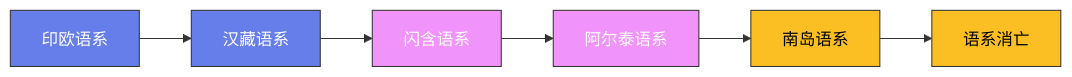
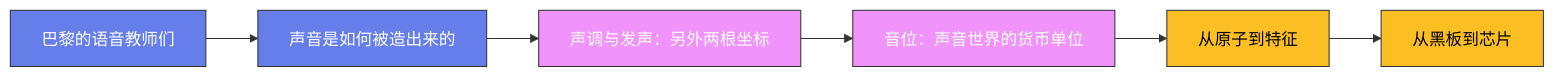
One commit to Fengur/Fengur.github.io changed the diagram in content/posts/ModelCreate/语言学/04-语音学与音系学.md. Above: the diagram before and after it, drawn with Mermaid. The commit also changed other lines of this file and 505 other files, not shown here.

First line of the commit message:
content(blog): ModelCreate 全站质量修复——front matter 补全、占位图修复、事实错误修正、注水文重写

````diff
--- a/content/posts/ModelCreate/语言学/04-语音学与音系学.md
+++ b/content/posts/ModelCreate/语言学/04-语音学与音系学.md
@@ -39,16 +42,23 @@
 ```mermaid
 graph LR
-    A["印欧语系"] --> B["汉藏语系"]
-    B --> C["闪含语系"]
-    C --> D["阿尔泰语系"]
-    D --> E["南岛语系"]
-    E --> F["语系消亡"]
+    A["巴黎的语音教师们"]
+    B["声音是如何被造出来的"]
+    C["声调与发声：另外两根坐标"]
+    D["音位：声音世界的货币单位"]
+    E["从原子到特征"]
+    F["从黑板到芯片"]
+
+    A --> B
+    B --> C
+    C --> D
+    D --> E
+    E --> F
 
     classDef early fill:#667eea,stroke:#333,color:white
     classDef mid fill:#f093fb,stroke:#333,color:white
     classDef modern fill:#fbbf24,stroke:#333,color:black
 
     class A,B early
     class C,D mid
     class E,F modern
 ```
````
